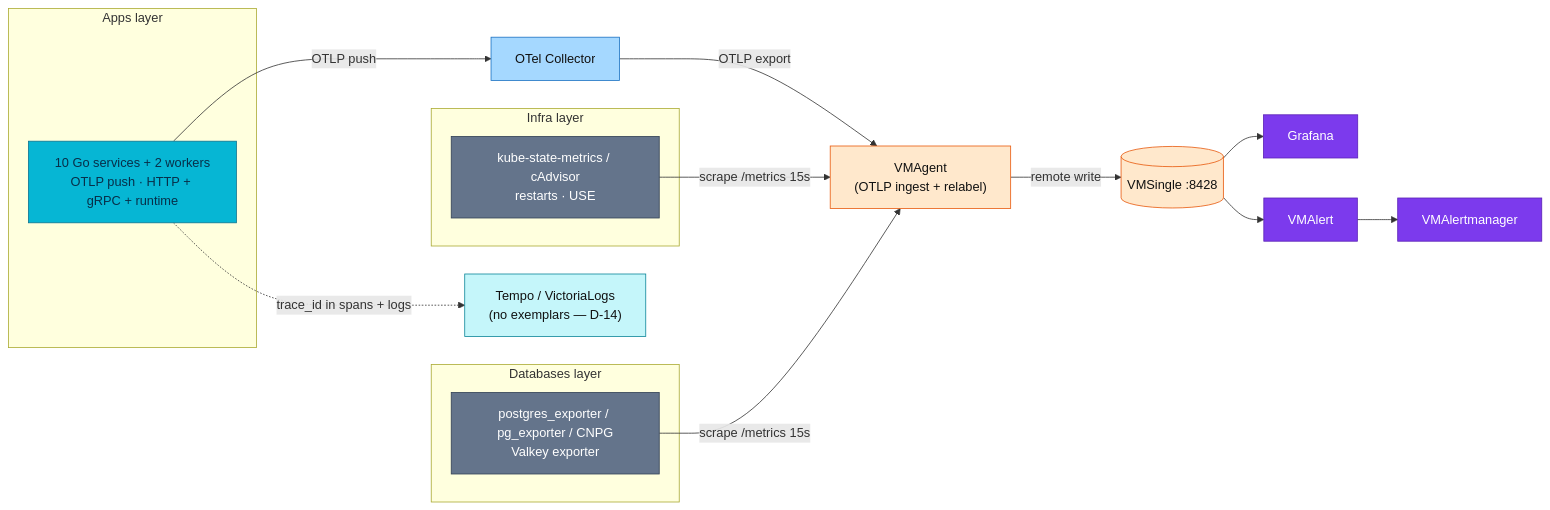
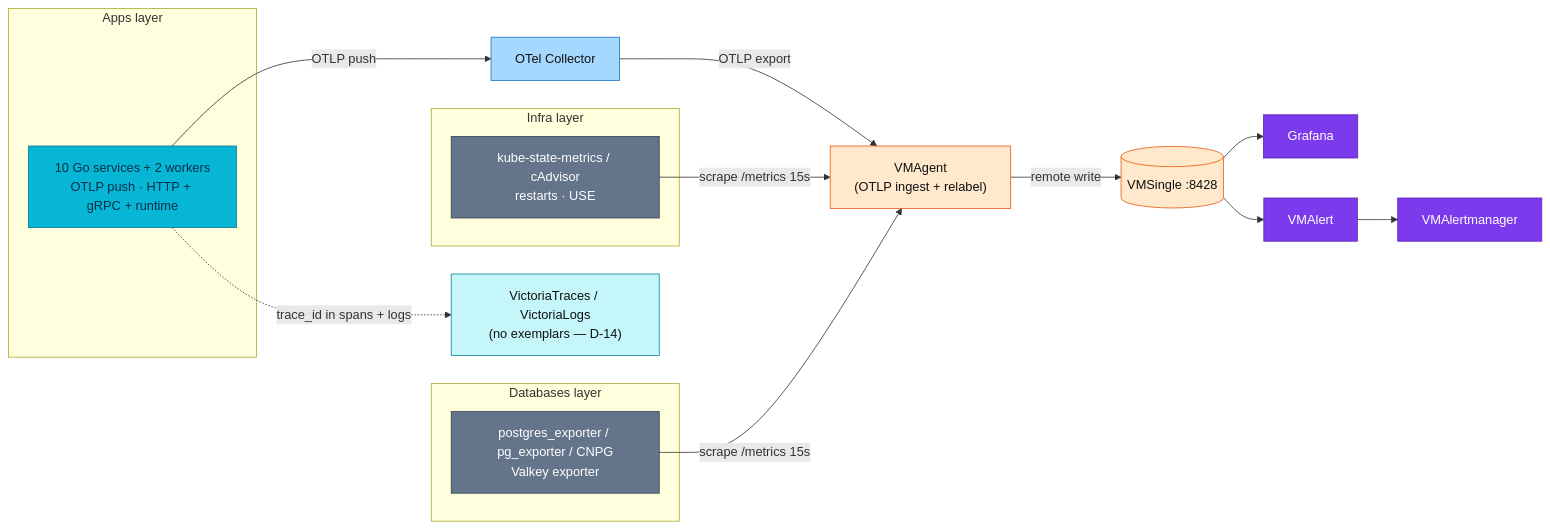
One commit to duynhlab/homelab changed the second of 2 diagrams in docs/observability/metrics/README.md. Above: the diagram before and after it, drawn with Mermaid. The commit also changed other lines of this file and 57 other files, not shown here.

````diff
--- a/docs/observability/metrics/README.md
+++ b/docs/observability/metrics/README.md
@@ -101,32 +101,32 @@
 ```mermaid
 flowchart LR
     subgraph apps["Apps layer"]
         SVC["10 Go services + 2 workers<br/>OTLP push · HTTP + gRPC + runtime"]
     end
     subgraph infra["Infra layer"]
         KSM["kube-state-metrics / cAdvisor<br/>restarts · USE"]
     end
     subgraph db["Databases layer"]
         PGE["postgres_exporter / pg_exporter / CNPG<br/>Valkey exporter"]
     end
 
     SVC -->|"OTLP push"| OTEL["OTel Collector"]
     OTEL -->|"OTLP export"| VMA["VMAgent<br/>(OTLP ingest + relabel)"]
     KSM & PGE -->|"scrape /metrics 15s"| VMA
     VMA -->|remote write| VMS[("VMSingle :8428")]
     VMS --> GRAF["Grafana"]
     VMS --> VMAL["VMAlert"] --> AM["VMAlertmanager"]
-    SVC -. "trace_id in spans + logs" .-> CORR["Tempo / VictoriaLogs<br/>(no exemplars — D-14)"]
+    SVC -. "trace_id in spans + logs" .-> CORR["VictoriaTraces / VictoriaLogs<br/>(no exemplars — D-14)"]
     classDef service fill:#06b6d4,color:#082f49,stroke:#0e7490;
     classDef external fill:#64748b,color:#fff,stroke:#334155;
     classDef metric fill:#ffe8cc,color:#111,stroke:#e8590c;
     classDef trace fill:#c5f6fa,color:#111,stroke:#0c8599;
     classDef collector fill:#a5d8ff,color:#111,stroke:#1971c2;
     classDef platform fill:#7c3aed,color:#fff,stroke:#5b21b6;
     class SVC service;
     class KSM,PGE external;
     class OTEL collector;
     class VMA,VMS metric;
     class VMAL,AM,GRAF platform;
     class CORR trace;
 ```
````
